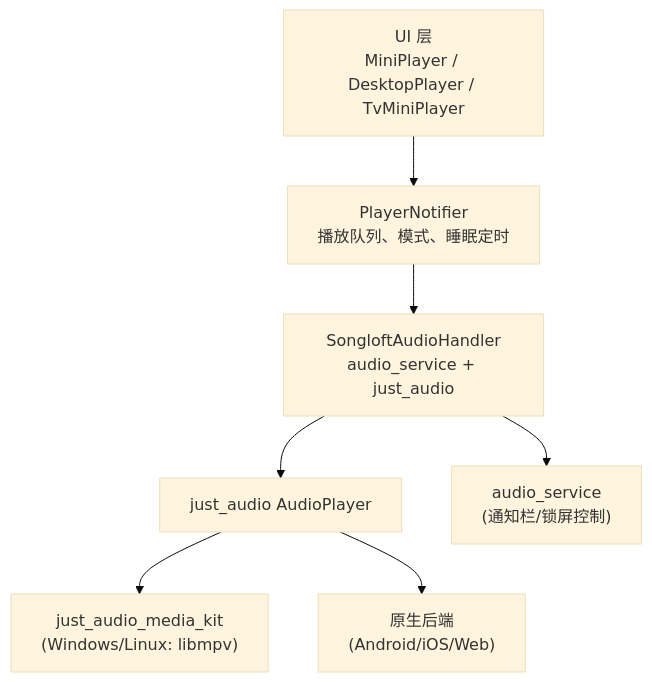
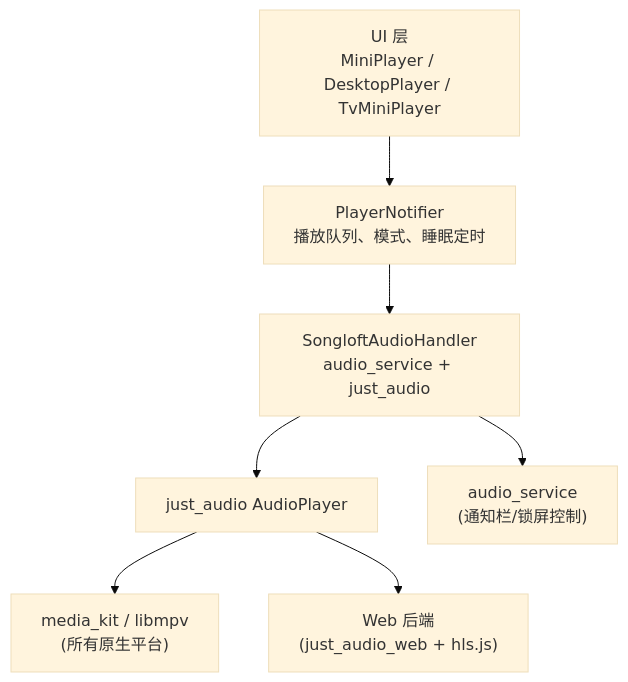
Before and after one commit to MambaOutZY/songloft-gemini: the third of 4 diagrams in docs/repowiki/前端系统设计.md, drawn with Mermaid (base theme). The commit also changed other lines of this file and 7 other files, not shown here.

Commit message:
docs: 同步文档为原生平台统一 media_kit 后端 + 更新子模块指针 (songloft-org/songloft#76)

````diff
--- a/docs/repowiki/前端系统设计.md
+++ b/docs/repowiki/前端系统设计.md
@@ -316,9 +316,9 @@
 ```mermaid
 graph TB
     UI["UI 层\nMiniPlayer / DesktopPlayer / TvMiniPlayer"] --> PN["PlayerNotifier\n播放队列、模式、睡眠定时"]
     PN --> AH["SongloftAudioHandler\naudio_service + just_audio"]
     AH --> JA["just_audio AudioPlayer"]
-    JA --> MK["just_audio_media_kit\n(Windows/Linux: libmpv)"]
-    JA --> NATIVE["原生后端\n(Android/iOS/Web)"]
+    JA --> MK["media_kit / libmpv\n(所有原生平台)"]
+    JA --> NATIVE["Web 后端\n(just_audio_web + hls.js)"]
     AH --> AS["audio_service\n(通知栏/锁屏控制)"]
 ```
````
